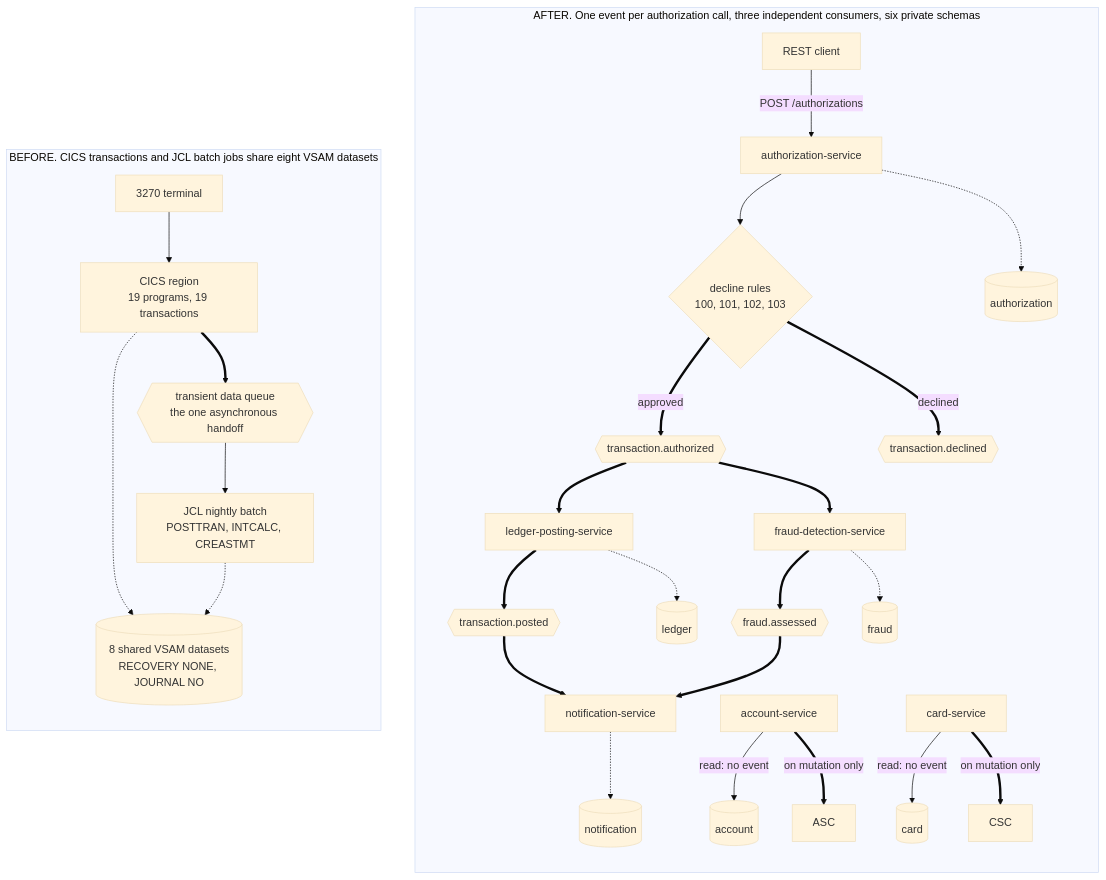
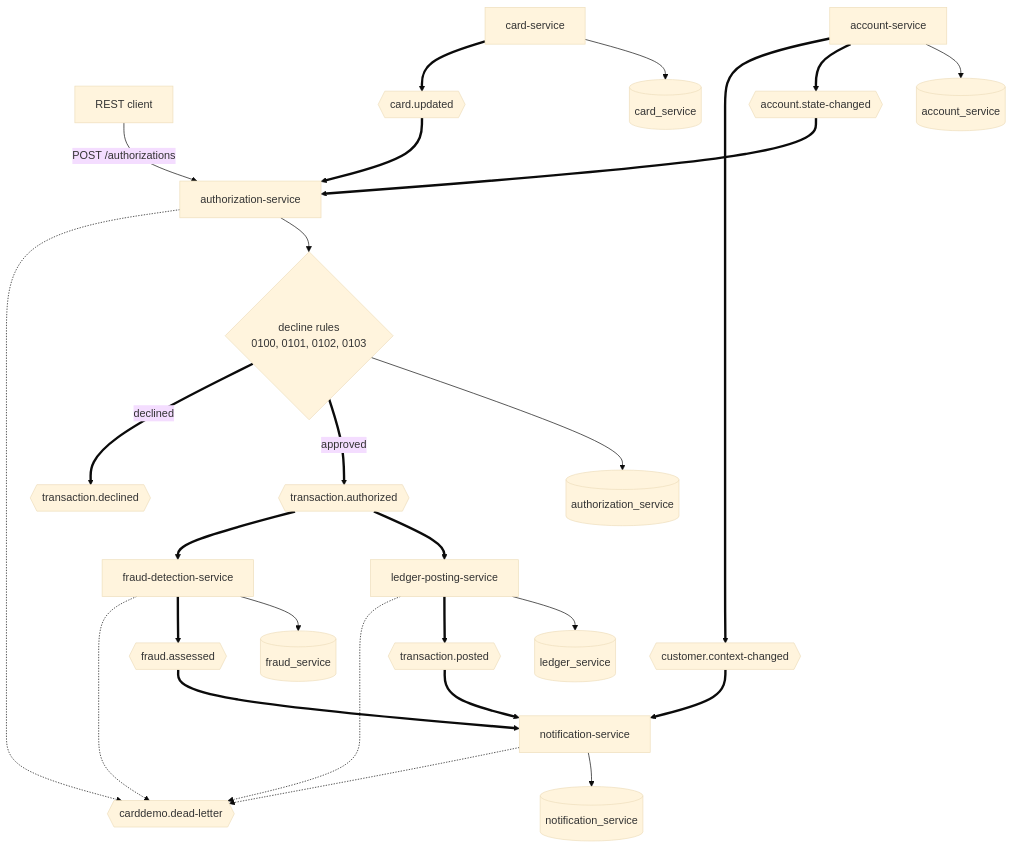
One commit to blitzy-public-samples/aws-carddemo-blitzy changed the first of 2 diagrams in card-platform/README.md. Above: the diagram before and after it, drawn with Mermaid (base theme). The commit also changed other lines of this file and 522 other files, not shown here.

Commit message:
Complete resilient card processing and service contracts

````diff
--- a/card-platform/README.md
+++ b/card-platform/README.md
@@ -238,59 +169,52 @@
 ```mermaid
-graph LR
-    subgraph BEFORE["BEFORE. CICS transactions and JCL batch jobs share eight VSAM datasets"]
-        direction TB
-        TERM["3270 terminal"]
-        CICSR["CICS region<br/>19 programs, 19 transactions"]
-        TDQ{{"transient data queue<br/>the one asynchronous handoff"}}
-        BATCH["JCL nightly batch<br/>POSTTRAN, INTCALC, CREASTMT"]
-        VS[("8 shared VSAM datasets<br/>RECOVERY NONE, JOURNAL NO")]
-        TERM --> CICSR
-        CICSR ==> TDQ
-        TDQ --> BATCH
-        CICSR -.-> VS
-        BATCH -.-> VS
-    end
+graph TB
+    CLIENT["REST client"]
+    AUTH["authorization-service"]
+    RULES{"decline rules<br/>0100, 0101, 0102, 0103"}
+    AUTHDB[("authorization_service")]
+    TA{{"transaction.authorized"}}
+    TD{{"transaction.declined"}}
+    LEDGER["ledger-posting-service"]
+    FRAUD["fraud-detection-service"]
+    LEDGERDB[("ledger_service")]
+    FRAUDDB[("fraud_service")]
+    TP{{"transaction.posted"}}
+    FA{{"fraud.assessed"}}
+    NOTIFY["notification-service"]
+    NOTIFYDB[("notification_service")]
+    ACCOUNT["account-service"]
+    ACCOUNTDB[("account_service")]
+    AS{{"account.state-changed"}}
+    CC{{"customer.context-changed"}}
+    CARD["card-service"]
+    CARDDB[("card_service")]
+    CU{{"card.updated"}}
+    DEAD{{"carddemo.dead-letter"}}
 
-    subgraph AFTER["AFTER. One event per authorization call, three independent consumers, six private schemas"]
-        direction TB
-        CLIENT["REST client"]
-        AUTH["authorization-service"]
-        DEC{"decline rules<br/>100, 101, 102, 103"}
-        ACCTS["account-service"]
-        CARDS["card-service"]
-        TA{{"transaction.authorized"}}
-        TD{{"transaction.declined"}}
-        LEDG["ledger-posting-service"]
-        FRAU["fraud-detection-service"]
-        NOTI["notification-service"]
-        TP{{"transaction.posted"}}
-        FA{{"fraud.assessed"}}
-        ADB[("authorization")]
-        ACDB[("account")]
-        CADB[("card")]
-        LDB[("ledger")]
-        FDB[("fraud")]
-        NDB[("notification")]
-        CLIENT -->|"POST /authorizations"| AUTH
-        AUTH --> DEC
-        DEC ==>|"approved"| TA
-        DEC ==>|"declined"| TD
-        TA ==> LEDG
-        TA ==> FRAU
-        LEDG ==> TP
-        FRAU ==> FA
-        TP ==> NOTI
-        FA ==> NOTI
-        AUTH -.-> ADB
-        ACCTS -->|"read: no event"| ACDB
-        CARDS -->|"read: no event"| CADB
-        ACCTS ==>|"on mutation only"| ASC
-        CARDS ==>|"on mutation only"| CSC
-        LEDG -.-> LDB
-        FRAU -.-> FDB
-        NOTI -.-> NDB
-    end
-
-    %% The link below is invisible. It places the before state left of the after state.
-    VS ~~~ CLIENT
+    CLIENT -->|"POST /authorizations"| AUTH
+    AUTH --> RULES
+    RULES --> AUTHDB
+    RULES ==>|approved| TA
+    RULES ==>|declined| TD
+    TA ==> LEDGER
+    TA ==> FRAUD
+    LEDGER --> LEDGERDB
+    FRAUD --> FRAUDDB
+    LEDGER ==> TP
+    FRAUD ==> FA
+    TP ==> NOTIFY
+    FA ==> NOTIFY
+    NOTIFY --> NOTIFYDB
+    ACCOUNT --> ACCOUNTDB
+    ACCOUNT ==> AS
+    ACCOUNT ==> CC
+    AS ==> AUTH
+    CC ==> NOTIFY
+    CARD --> CARDDB
+    CARD ==> CU
+    CU ==> AUTH
+    LEDGER -.-> DEAD
+    FRAUD -.-> DEAD
+    NOTIFY -.-> DEAD
+    AUTH -.-> DEAD
 ```
````
